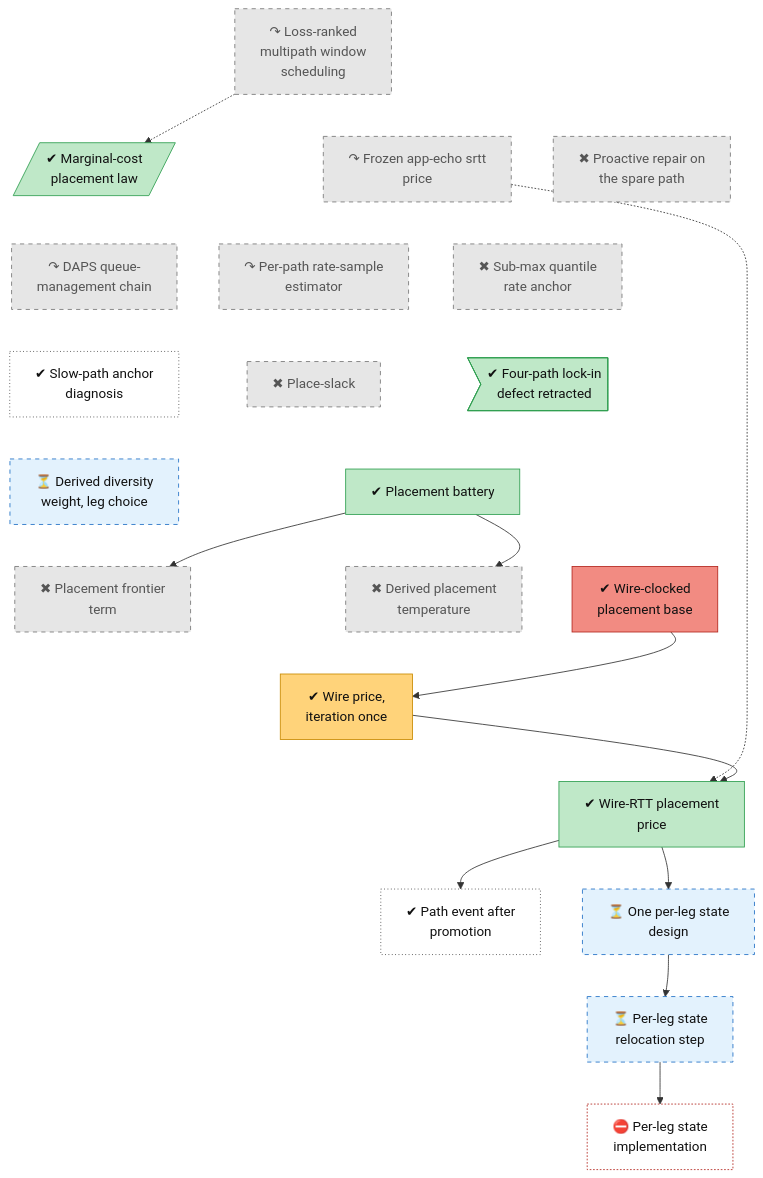
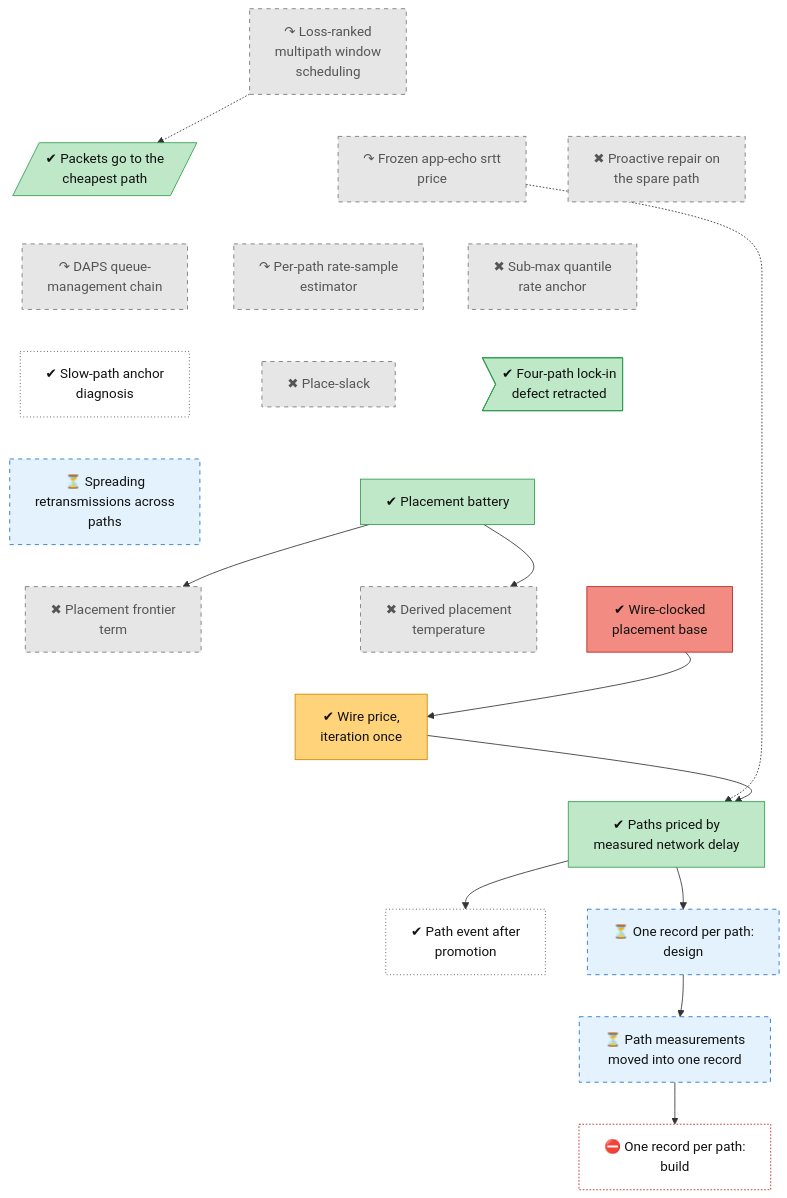
The diagram in docs/roadmap/tracks/place.md (lhns/raptorpath), drawn with Mermaid before and after one commit. The commit also changed other lines of this file and 15 other files, not shown here.

First line of the commit message:
roadmap: titles and plain sentences from the re-check

````diff
--- a/docs/roadmap/tracks/place.md
+++ b/docs/roadmap/tracks/place.md
@@ -10,78 +10,78 @@
 ```mermaid
 flowchart TB
     place_early_window_sched["↷ Loss-ranked<br/>multipath window<br/>scheduling"]
-    place_marginal_cost[/"✔ Marginal-cost<br/>placement law"/]
+    place_marginal_cost[/"✔ Packets go to the<br/>cheapest path"/]
     place_frozen_echo["↷ Frozen app-echo srtt<br/>price"]
     place_spare_repair["✖ Proactive repair on<br/>the spare path"]
     place_daps["↷ DAPS queue-<br/>management chain"]
     place_rate_sample["↷ Per-path rate-sample<br/>estimator"]
     place_submax_anchor["✖ Sub-max quantile<br/>rate anchor"]
     place_anchor_consolidate["✔ Slow-path anchor<br/>diagnosis"]
     place_slack["✖ Place-slack"]
     place_quad_lockin>"✔ Four-path lock-in<br/>defect retracted"]
-    place_wdiv["⏳ Derived diversity<br/>weight, leg choice"]
+    place_wdiv["⏳ Spreading<br/>retransmissions across<br/>paths"]
     place_stage2_battery["✔ Placement battery"]
     place_hol["✖ Placement frontier<br/>term"]
     place_t_derived["✖ Derived placement<br/>temperature"]
     place_s38_wire["✔ Wire-clocked<br/>placement base"]
     place_s41_iteration["✔ Wire price,<br/>iteration once"]
-    place_wire_price["✔ Wire-RTT placement<br/>price"]
+    place_wire_price["✔ Paths priced by<br/>measured network delay"]
     place_path_event["✔ Path event after<br/>promotion"]
-    place_per_leg_state["⏳ One per-leg state<br/>design"]
-    place_per_leg_relocate["⏳ Per-leg state<br/>relocation step"]
-    place_per_leg_impl["⛔ Per-leg state<br/>implementation"]
+    place_per_leg_state["⏳ One record per path:<br/>design"]
+    place_per_leg_relocate["⏳ Path measurements<br/>moved into one record"]
+    place_per_leg_impl["⛔ One record per path:<br/>build"]
     place_early_window_sched ~~~ place_marginal_cost
     place_early_window_sched ~~~ place_frozen_echo
     place_early_window_sched ~~~ place_spare_repair
     place_marginal_cost ~~~ place_daps
     place_frozen_echo ~~~ place_rate_sample
     place_spare_repair ~~~ place_submax_anchor
     place_daps ~~~ place_anchor_consolidate
     place_rate_sample ~~~ place_slack
     place_submax_anchor ~~~ place_quad_lockin
     place_anchor_consolidate ~~~ place_wdiv
     place_slack ~~~ place_stage2_battery
     place_quad_lockin ~~~ place_stage2_battery
     place_wdiv ~~~ place_hol
     place_stage2_battery ~~~ place_t_derived
     place_stage2_battery ~~~ place_s38_wire
     place_hol ~~~ place_s41_iteration
     place_t_derived ~~~ place_s41_iteration
     place_s38_wire ~~~ place_s41_iteration
     place_s41_iteration ~~~ place_wire_price
     place_wire_price ~~~ place_path_event
     place_wire_price ~~~ place_per_leg_state
     place_path_event ~~~ place_per_leg_relocate
     place_per_leg_state ~~~ place_per_leg_relocate
     place_per_leg_relocate ~~~ place_per_leg_impl
     place_early_window_sched -.-> place_marginal_cost
     place_frozen_echo -.-> place_wire_price
     place_stage2_battery --> place_hol
     place_stage2_battery --> place_t_derived
     place_s38_wire --> place_s41_iteration
     place_s41_iteration --> place_wire_price
     place_wire_price --> place_path_event
     place_wire_price --> place_per_leg_state
     place_per_leg_state --> place_per_leg_relocate
     place_per_leg_relocate --> place_per_leg_impl
     classDef vsucc fill:#2e9e4f,stroke:#1b6b34,color:#fff
     classDef succ fill:#bfe8c8,stroke:#2e9e4f,color:#111
     classDef mixed fill:#ffd37a,stroke:#c98a00,color:#111
     classDef bad fill:#f28b82,stroke:#b3261e,color:#111
     classDef dead fill:#e6e6e6,stroke:#777,stroke-dasharray:5 5,color:#555
     classDef inprog fill:#a8cdf5,stroke:#1f6fc5,color:#111
     classDef next fill:#fff,stroke:#333,color:#111
     classDef blocked fill:#fff,stroke:#b3261e,stroke-dasharray:2 2,color:#111
     classDef parked fill:#f3f3f3,stroke:#999,color:#555
     classDef unrated fill:#fff,stroke:#333,stroke-dasharray:1 3,color:#111
     classDef userdec fill:#d9c2f0,stroke:#7b3fb5,color:#111
     classDef defect fill:#ffe0b2,stroke:#d84315,stroke-width:2px,color:#111
     classDef waiting fill:#e3f2fd,stroke:#1f6fc5,stroke-dasharray:5 5,color:#111
     class place_early_window_sched,place_frozen_echo,place_spare_repair,place_daps,place_rate_sample,place_submax_anchor,place_slack,place_hol,place_t_derived dead
     class place_marginal_cost,place_quad_lockin,place_stage2_battery,place_wire_price succ
     class place_anchor_consolidate,place_path_event unrated
     class place_wdiv,place_per_leg_state,place_per_leg_relocate waiting
     class place_s38_wire bad
     class place_s41_iteration mixed
     class place_per_leg_impl blocked
 ```
````
